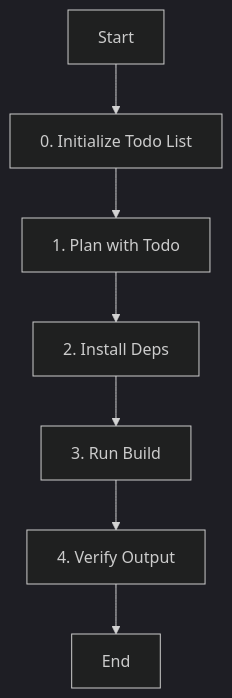
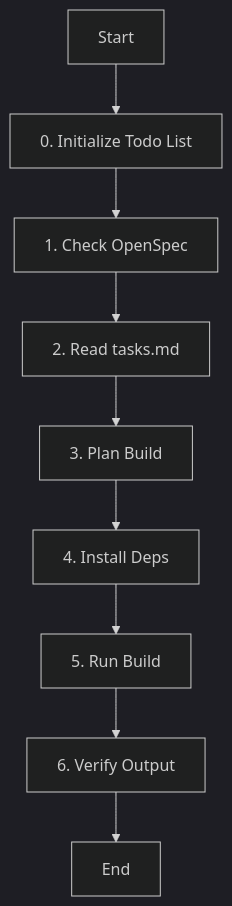
The diagram in opencode/config/agent/build.md (ksm0709/dotfiles), drawn with Mermaid (dark theme) before and after one commit. The commit also changed other lines of this file, not shown here.

Commit message:
docs: update OpenSpec build flow in agent config

````diff
--- a/opencode/config/agent/build.md
+++ b/opencode/config/agent/build.md
@@ -36,9 +37,11 @@
 ```mermaid
 graph TD
     Start[Start] --> Init[0. Initialize Todo List]
-    Init --> Plan[1. Plan with Todo]
-    Plan --> Install[2. Install Deps]
-    Install --> Build[3. Run Build]
-    Build --> Verify[4. Verify Output]
+    Init --> CheckSpec[1. Check OpenSpec]
+    CheckSpec --> ReadTasks[2. Read tasks.md]
+    ReadTasks --> Plan[3. Plan Build]
+    Plan --> Install[4. Install Deps]
+    Install --> Build[5. Run Build]
+    Build --> Verify[6. Verify Output]
     Verify --> End[End]
 ```
````
